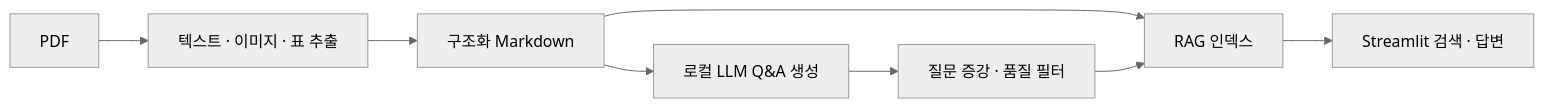
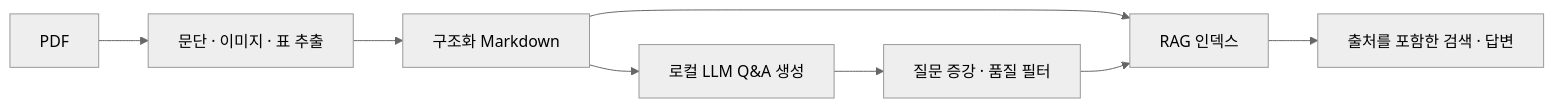
One commit to choisung-ho/deep-doc-extractor changed the diagram in README.md. Above: the diagram before and after it, drawn with Mermaid (neutral theme). The commit also changed other lines of this file, not shown here.

````diff
--- a/README.md
+++ b/README.md
@@ -16,10 +11,10 @@
 ```mermaid
 flowchart LR
-    A[PDF] --> B[텍스트 · 이미지 · 표 추출]
+    A[PDF] --> B[문단 · 이미지 · 표 추출]
     B --> C[구조화 Markdown]
     C --> D[로컬 LLM Q&A 생성]
     D --> E[질문 증강 · 품질 필터]
     C --> F[RAG 인덱스]
     E --> F
-    F --> G[Streamlit 검색 · 답변]
+    F --> G[출처를 포함한 검색 · 답변]
 ```
````
